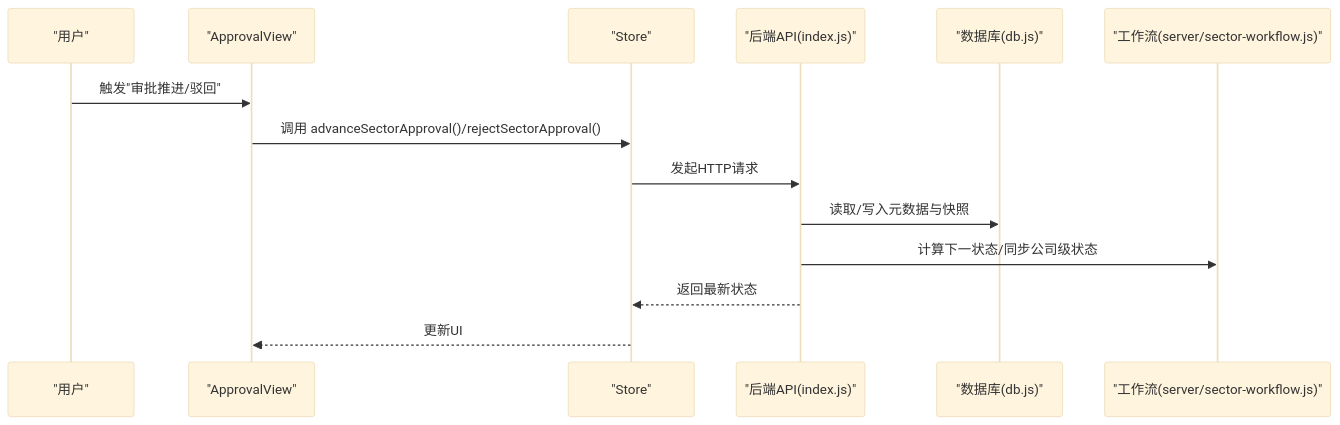
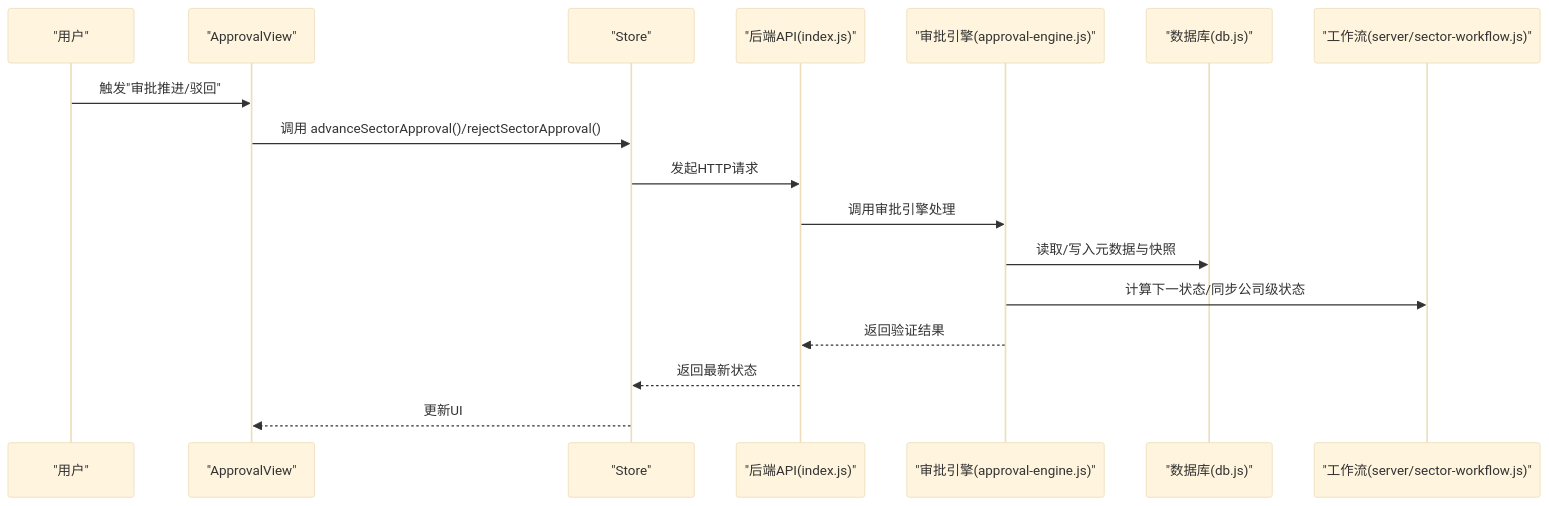
The second of 7 diagrams in .qoder/repowiki/zh/content/核心业务模块/审批工作流系统.md (marcelxu0272/202605_project-tracking-table), drawn with Mermaid (base theme) before and after one commit. The commit also changed other lines of this file and 15 other files, not shown here.

````diff
--- a/.qoder/repowiki/zh/content/核心业务模块/审批工作流系统.md
+++ b/.qoder/repowiki/zh/content/核心业务模块/审批工作流系统.md
@@ -120,16 +130,19 @@
 ```mermaid
 sequenceDiagram
 participant U as "用户"
 participant V as "ApprovalView"
 participant S as "Store"
 participant API as "后端API(index.js)"
+participant AE as "审批引擎(approval-engine.js)"
 participant DB as "数据库(db.js)"
 participant WF as "工作流(server/sector-workflow.js)"
 U->>V : 触发"审批推进/驳回"
 V->>S : 调用 advanceSectorApproval()/rejectSectorApproval()
 S->>API : 发起HTTP请求
-API->>DB : 读取/写入元数据与快照
-API->>WF : 计算下一状态/同步公司级状态
+API->>AE : 调用审批引擎处理
+AE->>DB : 读取/写入元数据与快照
+AE->>WF : 计算下一状态/同步公司级状态
+AE-->>API : 返回验证结果
 API-->>S : 返回最新状态
 S-->>V : 更新UI
 ```
````
